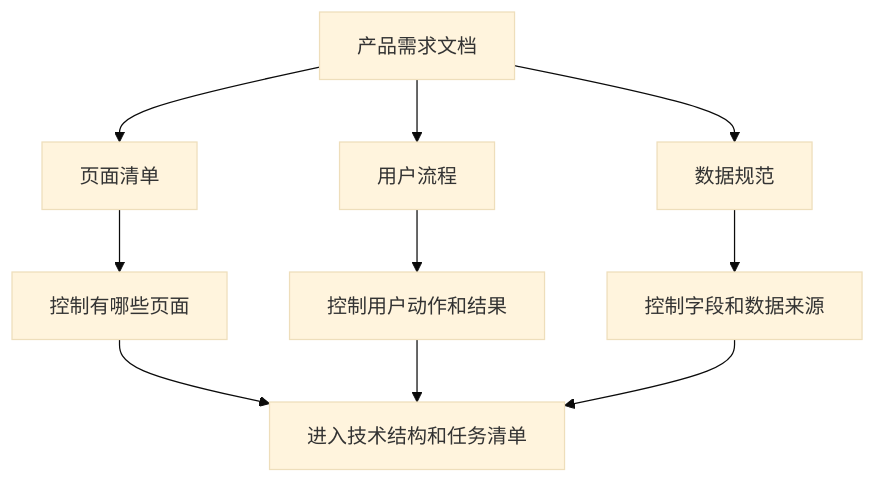
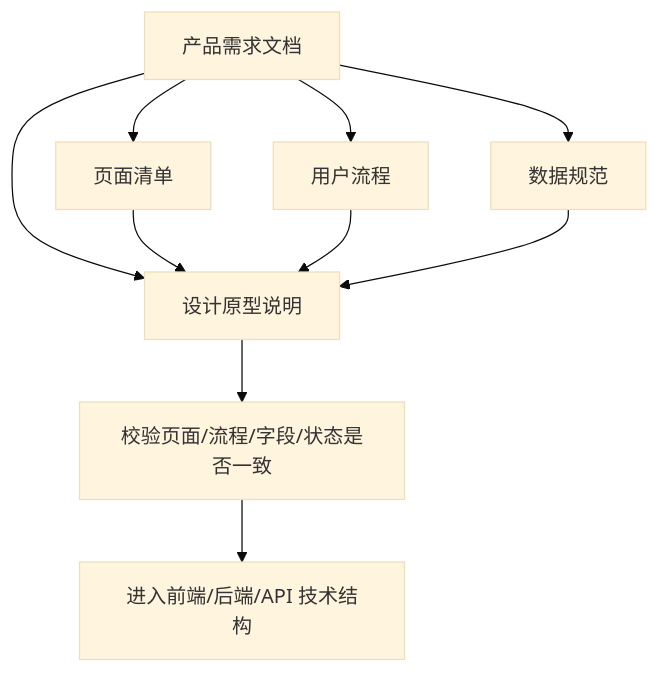
Before and after one commit to zhidao-studio/ai-product-engineering-in-action: the diagram in docs/02_lessons/visual/lesson-03-visual-page-list-and-user-flow.md, drawn with Mermaid (base theme). The commit also changed other lines of this file, not shown here.

````diff
--- a/docs/02_lessons/visual/lesson-03-visual-page-list-and-user-flow.md
+++ b/docs/02_lessons/visual/lesson-03-visual-page-list-and-user-flow.md
@@ -23,12 +25,12 @@
 ```mermaid
 flowchart TD
     A[产品需求文档] --> B[页面清单]
     A --> C[用户流程]
     A --> D[数据规范]
-    B --> E[控制有哪些页面]
-    C --> F[控制用户动作和结果]
-    D --> G[控制字段和数据来源]
-    E --> H[进入技术结构和任务清单]
-    F --> H
-    G --> H
+    A --> E[设计原型说明]
+    B --> E
+    C --> E
+    D --> E
+    E --> F[校验页面/流程/字段/状态是否一致]
+    F --> G[进入前端/后端/API 技术结构]
 ```
````
